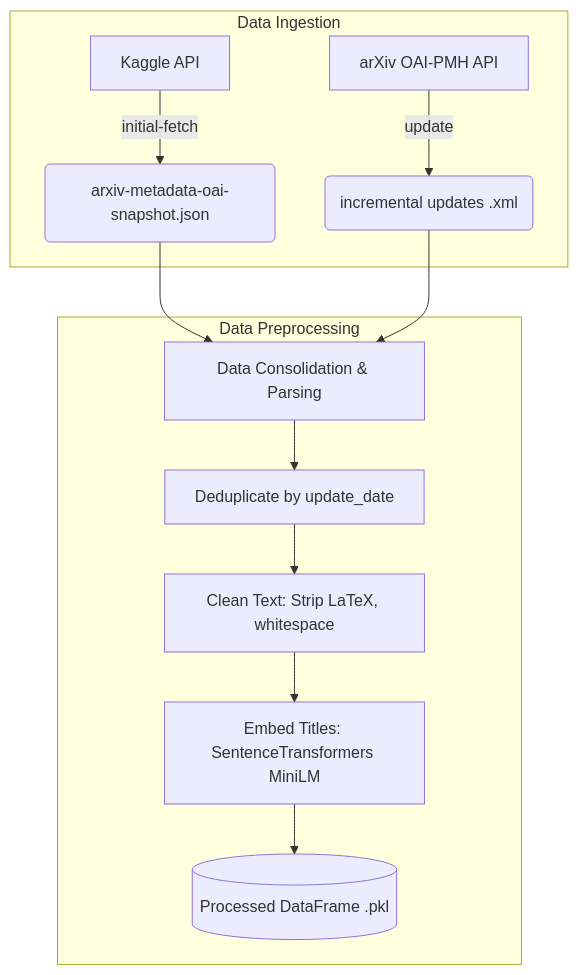
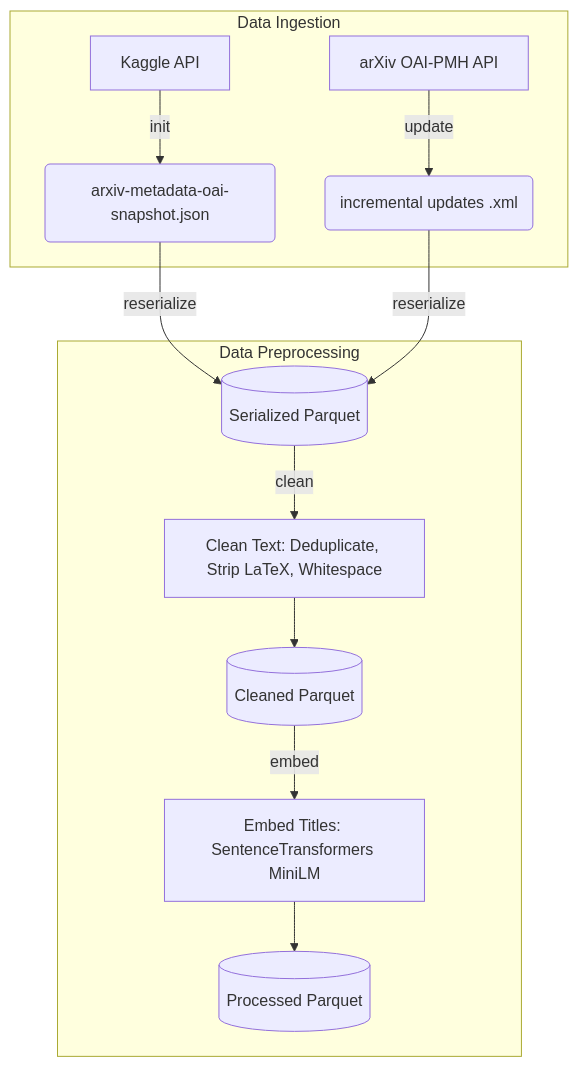
Before and after one commit to khaelano/MLOps-Patent: the diagram in docs/docs/data-pipeline.md, drawn with Mermaid. The commit also changed other lines of this file and 11 other files, not shown here.

````diff
--- a/docs/docs/data-pipeline.md
+++ b/docs/docs/data-pipeline.md
@@ -9,16 +9,16 @@
 ```mermaid
 graph TD
     subgraph Data Ingestion
-        A[Kaggle API] -->|initial-fetch| C(arxiv-metadata-oai-snapshot.json)
+        A[Kaggle API] -->|init| C(arxiv-metadata-oai-snapshot.json)
         B[arXiv OAI-PMH API] -->|update| D(incremental updates .xml)
     end
 
     subgraph Data Preprocessing
-        C --> E[Data Consolidation & Parsing]
-        D --> E
-        E --> F[Deduplicate by update_date]
-        F --> G[Clean Text: Strip LaTeX, whitespace]
-        G --> H[Embed Titles: SentenceTransformers MiniLM]
-        H --> I[(Processed DataFrame .pkl)]
+        C -->|reserialize| E[(Serialized Parquet)]
+        D -->|reserialize| E
+        E -->|clean| F[Clean Text: Deduplicate, Strip LaTeX, Whitespace]
+        F --> G[(Cleaned Parquet)]
+        G -->|embed| H[Embed Titles: SentenceTransformers MiniLM]
+        H --> I[(Processed Parquet)]
     end
 ```
````
